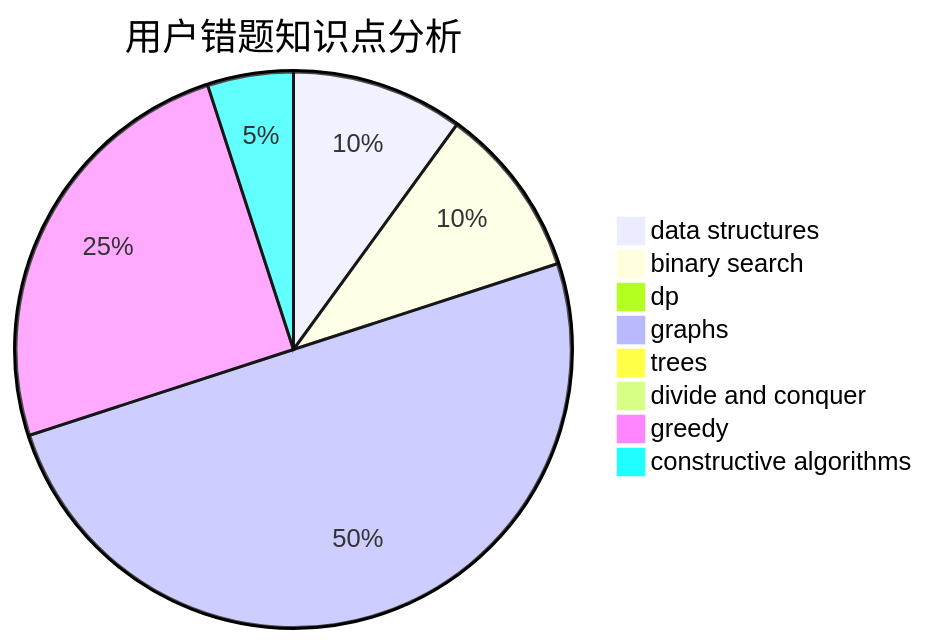
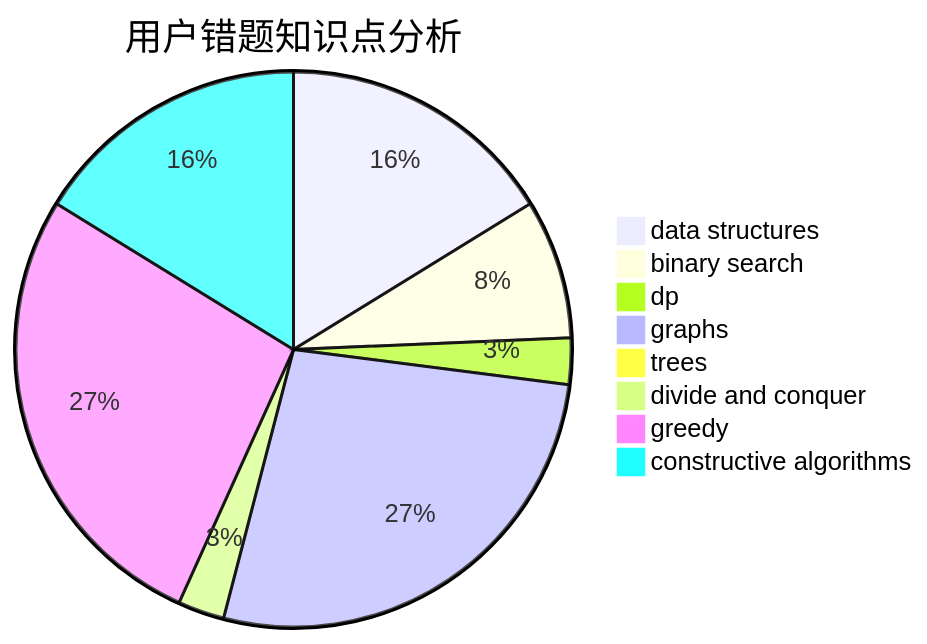
One commit to sherpahu/cfrs.github.io changed the third of 3 diagrams in docs/user/u1826.md. Above: the diagram before and after it, drawn with Mermaid. The commit also changed other lines of this file and 2770 other files, not shown here.

````diff
--- a/docs/user/u1826.md
+++ b/docs/user/u1826.md
@@ -36,11 +36,11 @@
 ```mermaid
 pie title 用户错题知识点分析
-    "data structures" :  2
-    "binary search" :  2
-    "dp" :  0
+    "data structures" :  6
+    "binary search" :  3
+    "dp" :  1
     "graphs" :  10
     "trees" :  0
-    "divide and conquer" :  0
-    "greedy" :  5
-    "constructive algorithms" :  1
+    "divide and conquer" :  1
+    "greedy" :  10
+    "constructive algorithms" :  6
 ```
````
